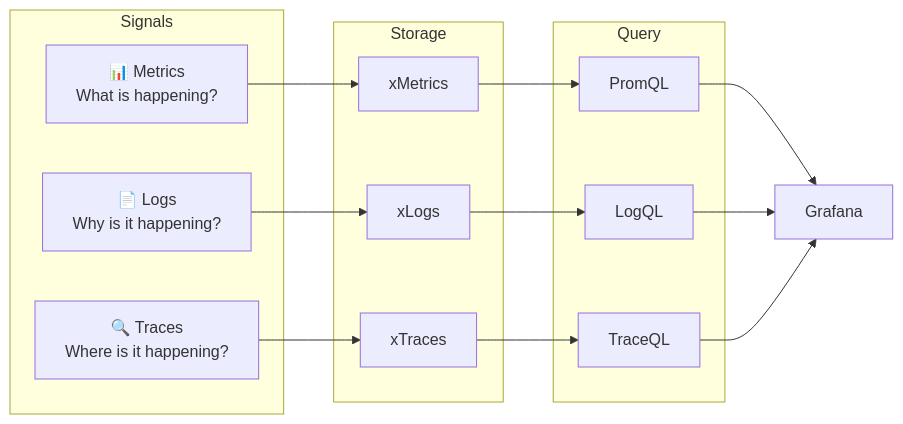
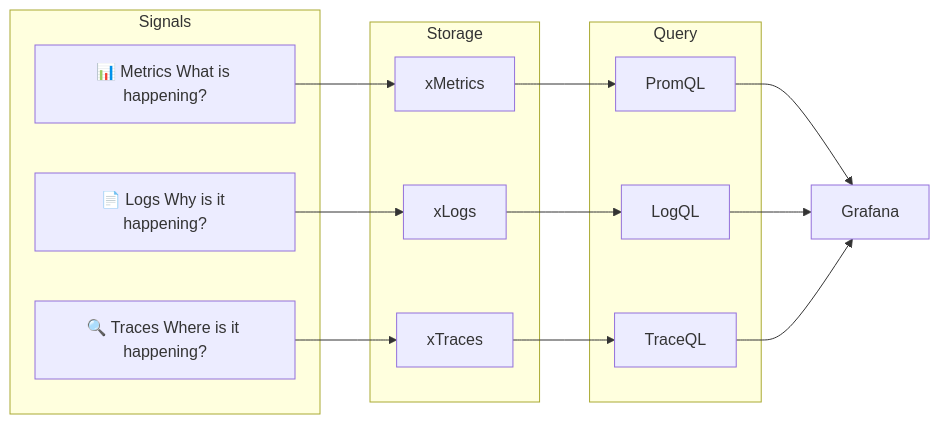
Before and after one commit to xscaler/training: the first of 3 diagrams in docs/session-1/observability-fundamentals.md, drawn with Mermaid. The commit also changed other lines of this file and 38 other files, not shown here.

First line of the commit message:
Remove internal content, fix Mermaid diagrams, and rewrite labs as customer-facing exercises

````diff
--- a/docs/session-1/observability-fundamentals.md
+++ b/docs/session-1/observability-fundamentals.md
@@ -16,22 +16,22 @@
 ```mermaid
 graph LR
     subgraph Signals
-        M["📊 Metrics\nWhat is happening?"]
-        L["📄 Logs\nWhy is it happening?"]
-        T["🔍 Traces\nWhere is it happening?"]
+        M["📊 Metrics What is happening?"]
+        L["📄 Logs Why is it happening?"]
+        T["🔍 Traces Where is it happening?"]
     end
     subgraph Storage
         MI[xMetrics]
         LO[xLogs]
         TE[xTraces]
     end
     subgraph Query
         PQL[PromQL]
         LQL[LogQL]
         TQL[TraceQL]
     end
     M --> MI --> PQL
     L --> LO --> LQL
     T --> TE --> TQL
     PQL & LQL & TQL --> GR[Grafana]
 ```
````
